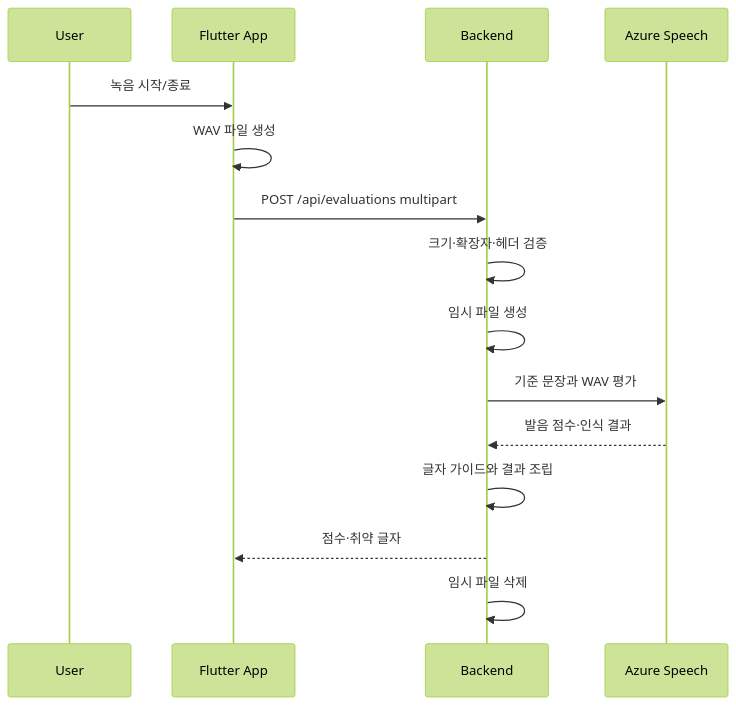
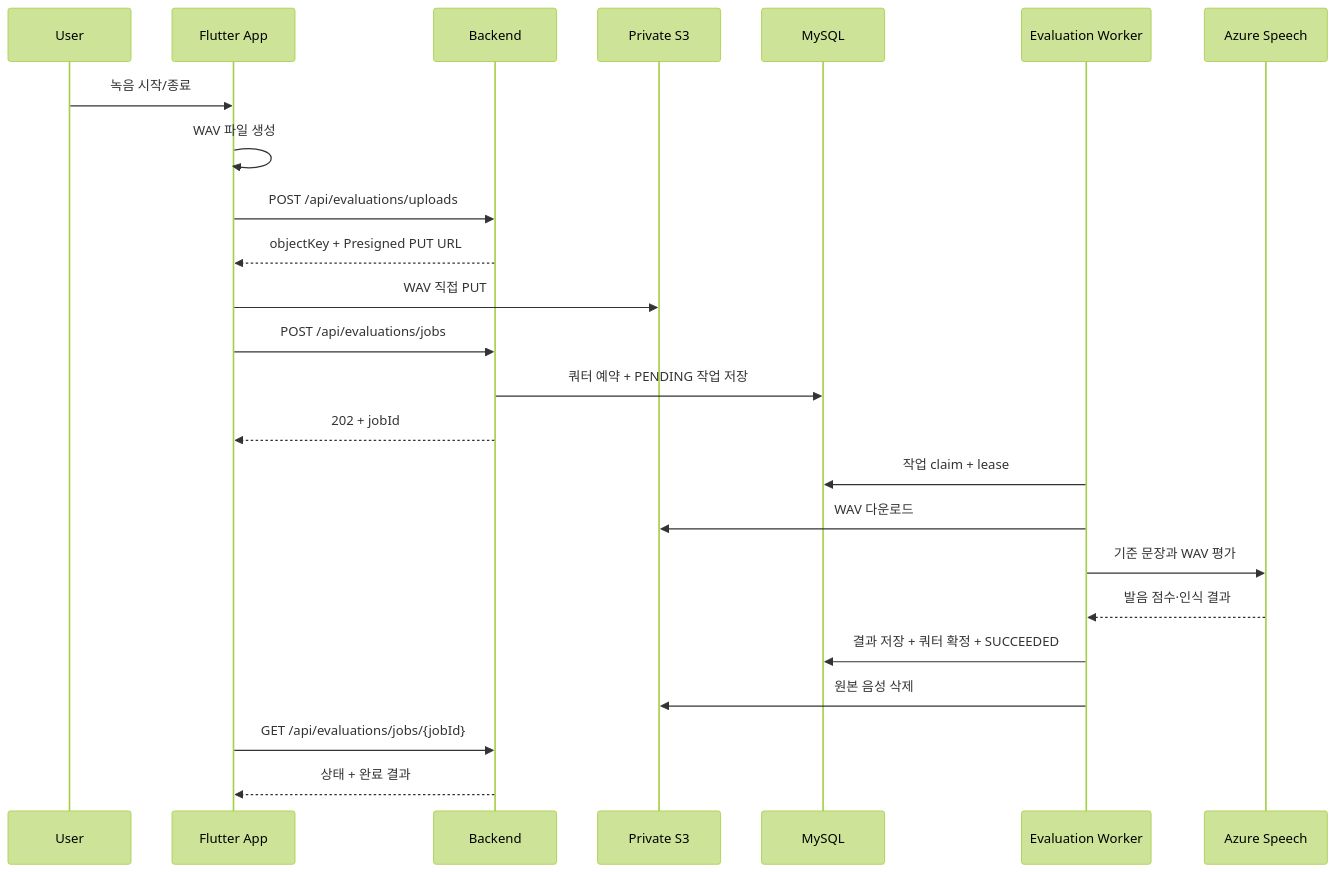
Before and after one commit to byeok99/LingKo: the second of 2 diagrams in docs/architecture/evaluation-flow.md, drawn with Mermaid (forest theme). The commit also changed other lines of this file and 21 other files, not shown here.

Commit message:
docs: document asynchronous evaluation flow

````diff
--- a/docs/architecture/evaluation-flow.md
+++ b/docs/architecture/evaluation-flow.md
@@ -27,18 +27,27 @@
 ```mermaid
 sequenceDiagram
     participant U as User
     participant A as Flutter App
     participant B as Backend
+    participant S as Private S3
+    participant D as MySQL
+    participant W as Evaluation Worker
     participant Z as Azure Speech
 
     U->>A: 녹음 시작/종료
     A->>A: WAV 파일 생성
-    A->>B: POST /api/evaluations multipart
-    B->>B: 크기·확장자·헤더 검증
-    B->>B: 임시 파일 생성
-    B->>Z: 기준 문장과 WAV 평가
-    Z-->>B: 발음 점수·인식 결과
-    B->>B: 글자 가이드와 결과 조립
-    B-->>A: 점수·취약 글자
-    B->>B: 임시 파일 삭제
+    A->>B: POST /api/evaluations/uploads
+    B-->>A: objectKey + Presigned PUT URL
+    A->>S: WAV 직접 PUT
+    A->>B: POST /api/evaluations/jobs
+    B->>D: 쿼터 예약 + PENDING 작업 저장
+    B-->>A: 202 + jobId
+    W->>D: 작업 claim + lease
+    W->>S: WAV 다운로드
+    W->>Z: 기준 문장과 WAV 평가
+    Z-->>W: 발음 점수·인식 결과
+    W->>D: 결과 저장 + 쿼터 확정 + SUCCEEDED
+    W->>S: 원본 음성 삭제
+    A->>B: GET /api/evaluations/jobs/{jobId}
+    B-->>A: 상태 + 완료 결과
 ```
````
